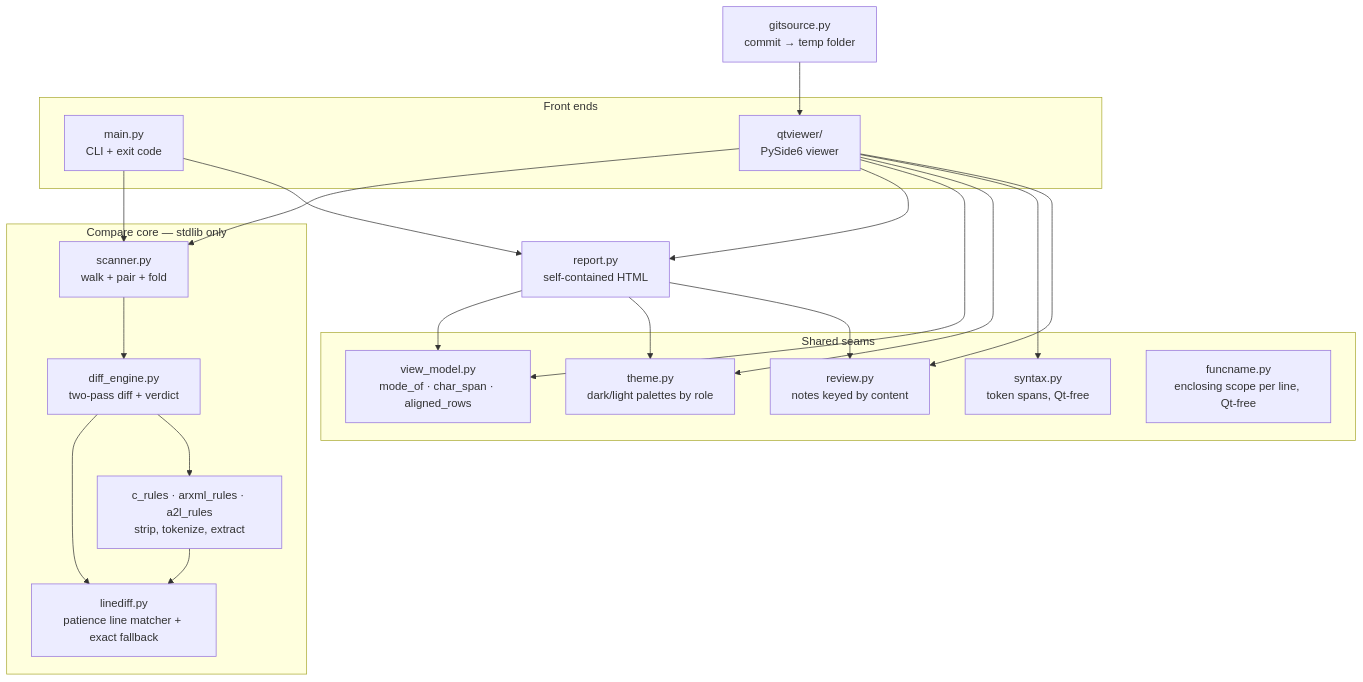
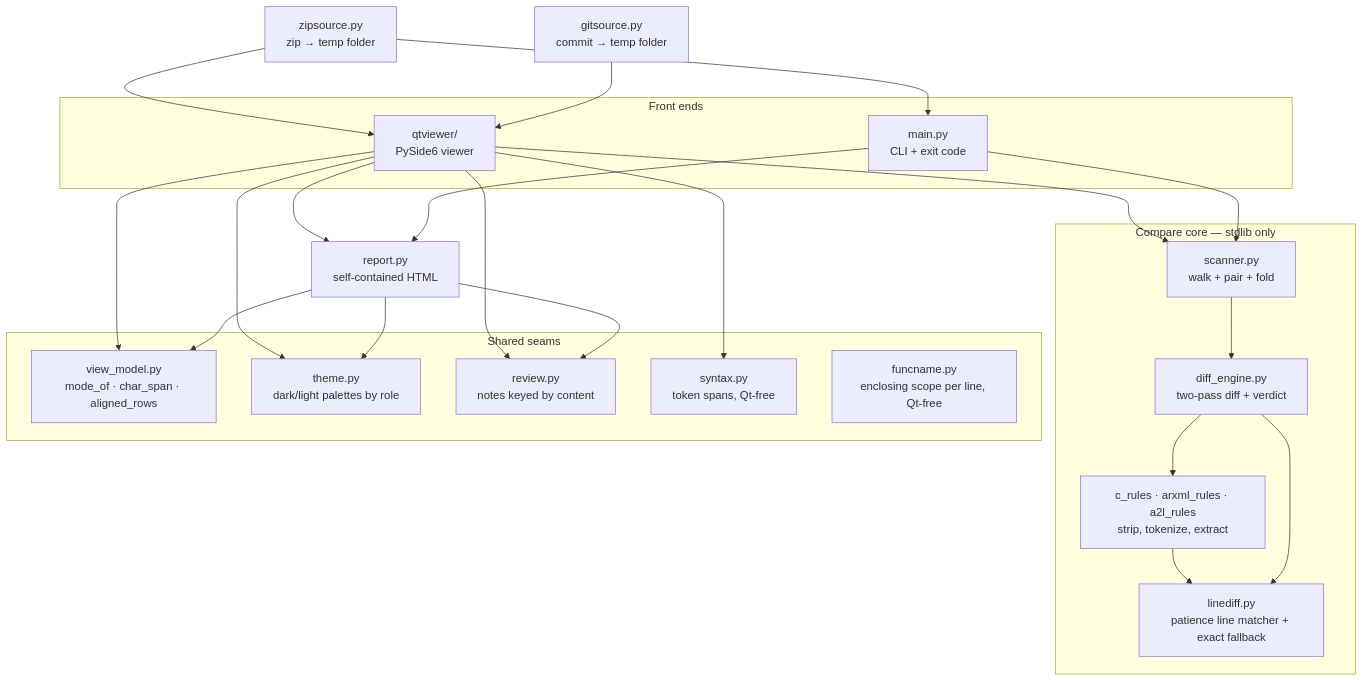
One commit to longvo92/codegen-compare-tool changed the first of 2 diagrams in docs/architecture.md. Above: the diagram before and after it, drawn with Mermaid. The commit also changed other lines of this file and 14 other files, not shown here.

First line of the commit message:
feat(zipsource): compare a .zip artifact as either side

````diff
--- a/docs/architecture.md
+++ b/docs/architecture.md
@@ -26,39 +26,42 @@
 ```mermaid
 flowchart TD
     subgraph front[Front ends]
         CLI[main.py<br/>CLI + exit code]
         QT[qtviewer/<br/>PySide6 viewer]
     end
     subgraph core[Compare core — stdlib only]
         SC[scanner.py<br/>walk + pair + fold]
         DE[diff_engine.py<br/>two-pass diff + verdict]
         LD[linediff.py<br/>patience line matcher + exact fallback]
         RULES[c_rules · arxml_rules · a2l_rules<br/>strip, tokenize, extract]
     end
     subgraph shared[Shared seams]
         VM[view_model.py<br/>mode_of · char_span · aligned_rows]
         TH[theme.py<br/>dark/light palettes by role]
         RV[review.py<br/>notes keyed by content]
         SY[syntax.py<br/>token spans, Qt-free]
         FN[funcname.py<br/>enclosing scope per line, Qt-free]
     end
     RP[report.py<br/>self-contained HTML]
     GS[gitsource.py<br/>commit → temp folder]
+    ZS[zipsource.py<br/>zip → temp folder]
 
     CLI --> SC
     QT --> SC
     GS --> QT
+    ZS --> QT
+    ZS --> CLI
     SC --> DE
     DE --> LD
     DE --> RULES
     RULES --> LD
     CLI --> RP
     QT --> RP
     RP --> VM
     QT --> VM
     RP --> TH
     QT --> TH
     QT --> SY
     RP --> RV
     QT --> RV
 ```
````
